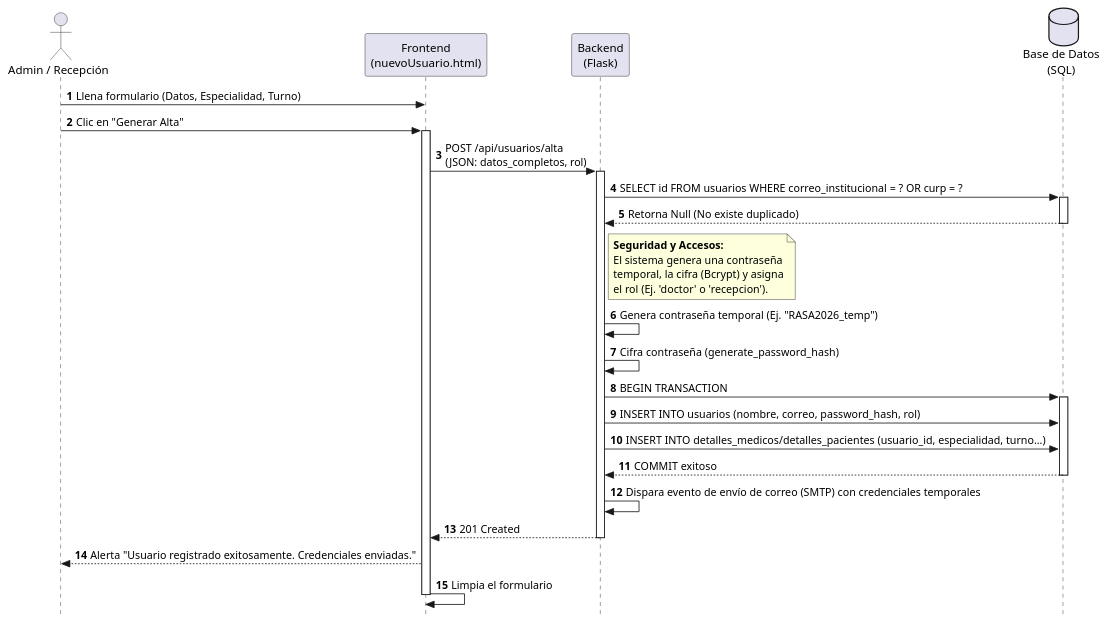
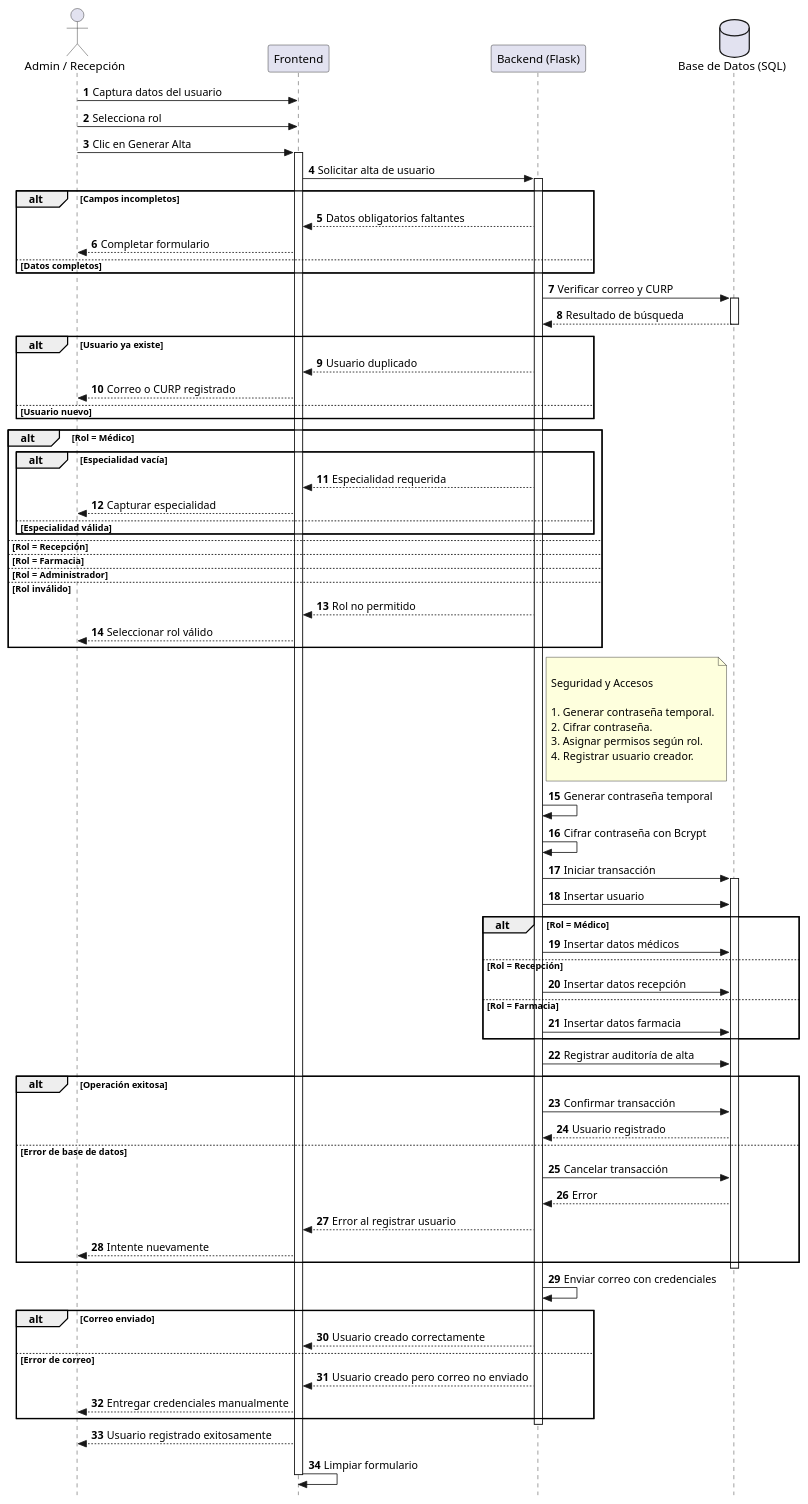
One commit to AlgorithmQuantum/Proyecto changed the diagram in DiagramasSecuencia/Recepcion/altaUsuario.puml. Above: the diagram before and after it, drawn with PlantUML. The commit also changed 11 other files, not shown here.

Commit message:
correciones del los diagramas

```diff
--- a/DiagramasSecuencia/Recepcion/altaUsuario.puml
+++ b/DiagramasSecuencia/Recepcion/altaUsuario.puml
@@ -1,51 +1,165 @@
 @startuml alta_usuarios
+
 skinparam style strictuml
+
 autonumber
 
 actor "Admin / Recepción" as Admin
-participant "Frontend\n(nuevoUsuario.html)" as UI
-participant "Backend\n(Flask)" as Flask
-database "Base de Datos\n(SQL)" as BD
+participant "Frontend" as UI
+participant "Backend (Flask)" as Flask
+database "Base de Datos (SQL)" as BD
 
-Admin -> UI: Llena formulario (Datos, Especialidad, Turno)
-Admin -> UI: Clic en "Generar Alta"
+Admin -> UI: Captura datos del usuario
+
+Admin -> UI: Selecciona rol
+
+Admin -> UI: Clic en Generar Alta
+
 activate UI
 
-UI -> Flask: POST /api/usuarios/alta\n(JSON: datos_completos, rol)
+UI -> Flask: Solicitar alta de usuario
+
 activate Flask
 
-' Validaciones de negocio
-Flask -> BD: SELECT id FROM usuarios WHERE correo_institucional = ? OR curp = ?
+alt Campos incompletos
+
+    Flask --> UI: Datos obligatorios faltantes
+
+    UI --> Admin: Completar formulario
+
+else Datos completos
+
+end
+
+Flask -> BD: Verificar correo y CURP
+
 activate BD
-BD --> Flask: Retorna Null (No existe duplicado)
+
+BD --> Flask: Resultado de búsqueda
+
 deactivate BD
 
-' Lógica de credenciales (Seguridad)
+alt Usuario ya existe
+
+    Flask --> UI: Usuario duplicado
+
+    UI --> Admin: Correo o CURP registrado
+
+else Usuario nuevo
+
+end
+
+alt Rol = Médico
+
+    alt Especialidad vacía
+
+        Flask --> UI: Especialidad requerida
+
+        UI --> Admin: Capturar especialidad
+
+    else Especialidad válida
+
+    end
+
+else Rol = Recepción
+
+else Rol = Farmacia
+
+else Rol = Administrador
+
+else Rol inválido
+
+    Flask --> UI: Rol no permitido
+
+    UI --> Admin: Seleccionar rol válido
+
+end
+
 note right of Flask
-  **Seguridad y Accesos:**
-  El sistema genera una contraseña
-  temporal, la cifra (Bcrypt) y asigna
-  el rol (Ej. 'doctor' o 'recepcion').
+
+  Seguridad y Accesos
+
+  1. Generar contraseña temporal.
+  2. Cifrar contraseña.
+  3. Asignar permisos según rol.
+  4. Registrar usuario creador.
+
 end note
 
-Flask -> Flask: Genera contraseña temporal (Ej. "RASA2026_temp")
-Flask -> Flask: Cifra contraseña (generate_password_hash)
+Flask -> Flask: Generar contraseña temporal
 
-' Inserción SQL
-Flask -> BD: BEGIN TRANSACTION
+Flask -> Flask: Cifrar contraseña con Bcrypt
+
+Flask -> BD: Iniciar transacción
+
 activate BD
-Flask -> BD: INSERT INTO usuarios (nombre, correo, password_hash, rol)
-Flask -> BD: INSERT INTO detalles_medicos/detalles_pacientes (usuario_id, especialidad, turno...)
-BD --> Flask: COMMIT exitoso
+
+Flask -> BD: Insertar usuario
+
+alt Rol = Médico
+
+    Flask -> BD: Insertar datos médicos
+
+else Rol = Recepción
+
+    Flask -> BD: Insertar datos recepción
+
+else Rol = Farmacia
+
+    Flask -> BD: Insertar datos farmacia
+
+end
+
+Flask -> BD: Registrar auditoría de alta
+
+alt Operación exitosa
+
+    Flask -> BD: Confirmar transacción
+
+    BD --> Flask: Usuario registrado
+
+else Error de base de datos
+
+    Flask -> BD: Cancelar transacción
+
+    BD --> Flask: Error
+
+    Flask --> UI: Error al registrar usuario
+
+    UI --> Admin: Intente nuevamente
+
+end
+
 deactivate BD
 
-' Envío de credenciales
-Flask -> Flask: Dispara evento de envío de correo (SMTP) con credenciales temporales
-Flask --> UI: 201 Created
+' ==========================
+' ENVÍO DE CREDENCIALES
+' ==========================
+
+Flask -> Flask: Enviar correo con credenciales
+
+alt Correo enviado
+
+    Flask --> UI: Usuario creado correctamente
+
+else Error de correo
+
+    Flask --> UI: Usuario creado pero correo no enviado
+
+    UI --> Admin: Entregar credenciales manualmente
+
+end
+
 deactivate Flask
 
-UI --> Admin: Alerta "Usuario registrado exitosamente. Credenciales enviadas."
-UI -> UI: Limpia el formulario
+' ==========================
+' RESPUESTA FINAL
+' ==========================
+
+UI --> Admin: Usuario registrado exitosamente
+
+UI -> UI: Limpiar formulario
+
 deactivate UI
 
 @enduml
```
